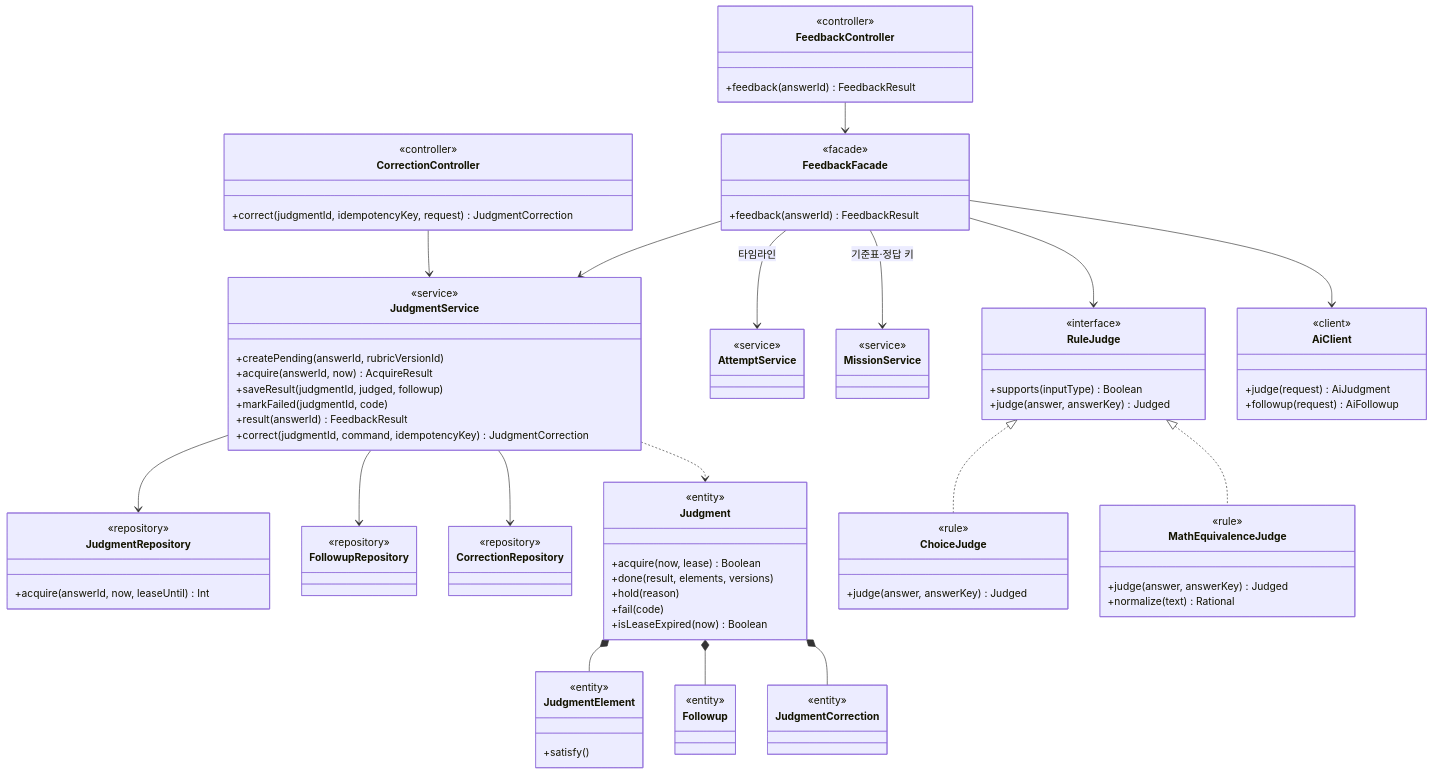
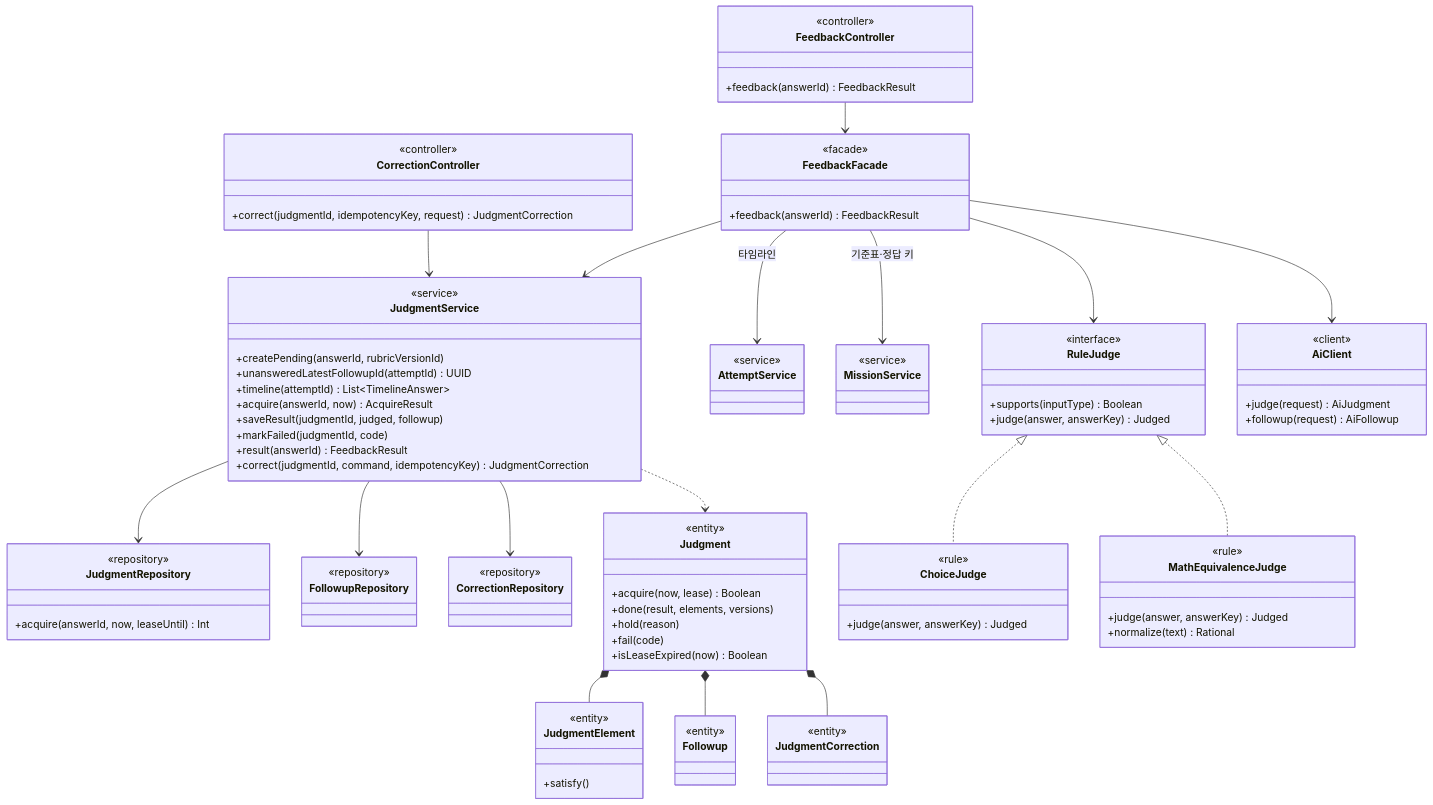
Before and after one commit to SKNETWORKS-FAMILY-AICAMP/SKN34-FINAL-3TEAM: the ninth of 15 diagrams in docs/design/class-diagram.md, drawn with Mermaid. The commit also changed other lines of this file and 4 other files, not shown here.

```diff
--- a/docs/design/class-diagram.md
+++ b/docs/design/class-diagram.md
@@ -1168,6 +1180,8 @@
   class JudgmentService {
     <<service>>
     +createPending(answerId, rubricVersionId)
+    +unansweredLatestFollowupId(attemptId) UUID
+    +timeline(attemptId) List~TimelineAnswer~
     +acquire(answerId, now) AcquireResult
     +saveResult(judgmentId, judged, followup)
     +markFailed(judgmentId, code)
```
